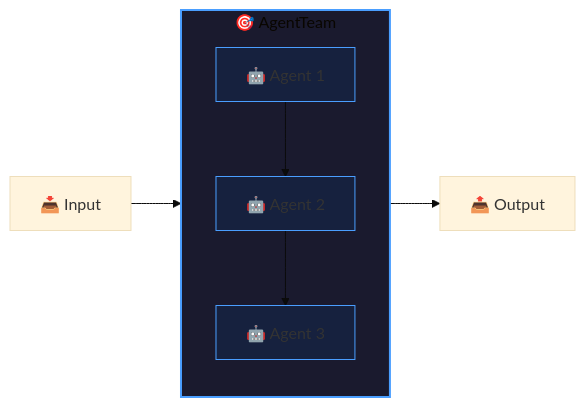
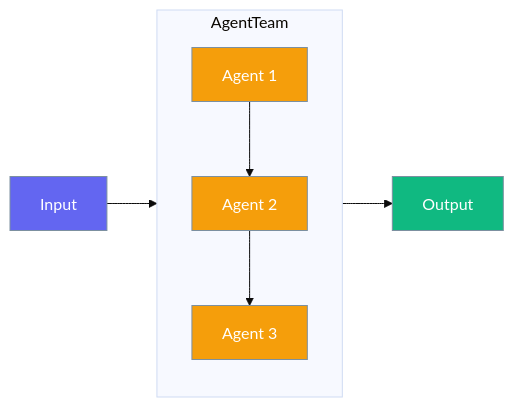
The diagram in docs/concepts/agentteam.mdx (MervinPraison/PraisonAIDocs), drawn with Mermaid (base theme) before and after one commit.

Commit message:
Fix AgentTeam and AgentFlow diagrams to use AGENTS.md standard colors

````diff
--- a/docs/concepts/agentteam.mdx
+++ b/docs/concepts/agentteam.mdx
@@ -10,20 +10,23 @@
 ```mermaid
 flowchart LR
-    subgraph AgentTeam["🎯 AgentTeam"]
+    subgraph AgentTeam["AgentTeam"]
         direction TB
-        A1["🤖 Agent 1"]
-        A2["🤖 Agent 2"]
-        A3["🤖 Agent 3"]
+        A1["Agent 1"]
+        A2["Agent 2"]
+        A3["Agent 3"]
     end
     
-    Input["📥 Input"] --> AgentTeam
-    AgentTeam --> Output["📤 Output"]
+    Input["Input"] --> AgentTeam
+    AgentTeam --> Output["Output"]
     
     A1 --> A2
     A2 --> A3
     
-    style AgentTeam fill:#1a1a2e,stroke:#4a9eff,stroke-width:2px
-    style A1 fill:#16213e,stroke:#4a9eff
-    style A2 fill:#16213e,stroke:#4a9eff
-    style A3 fill:#16213e,stroke:#4a9eff
+    classDef input fill:#6366F1,stroke:#7C90A0,color:#fff
+    classDef process fill:#F59E0B,stroke:#7C90A0,color:#fff
+    classDef output fill:#10B981,stroke:#7C90A0,color:#fff
+    
+    class Input input
+    class A1,A2,A3 process
+    class Output output
 ```
````
